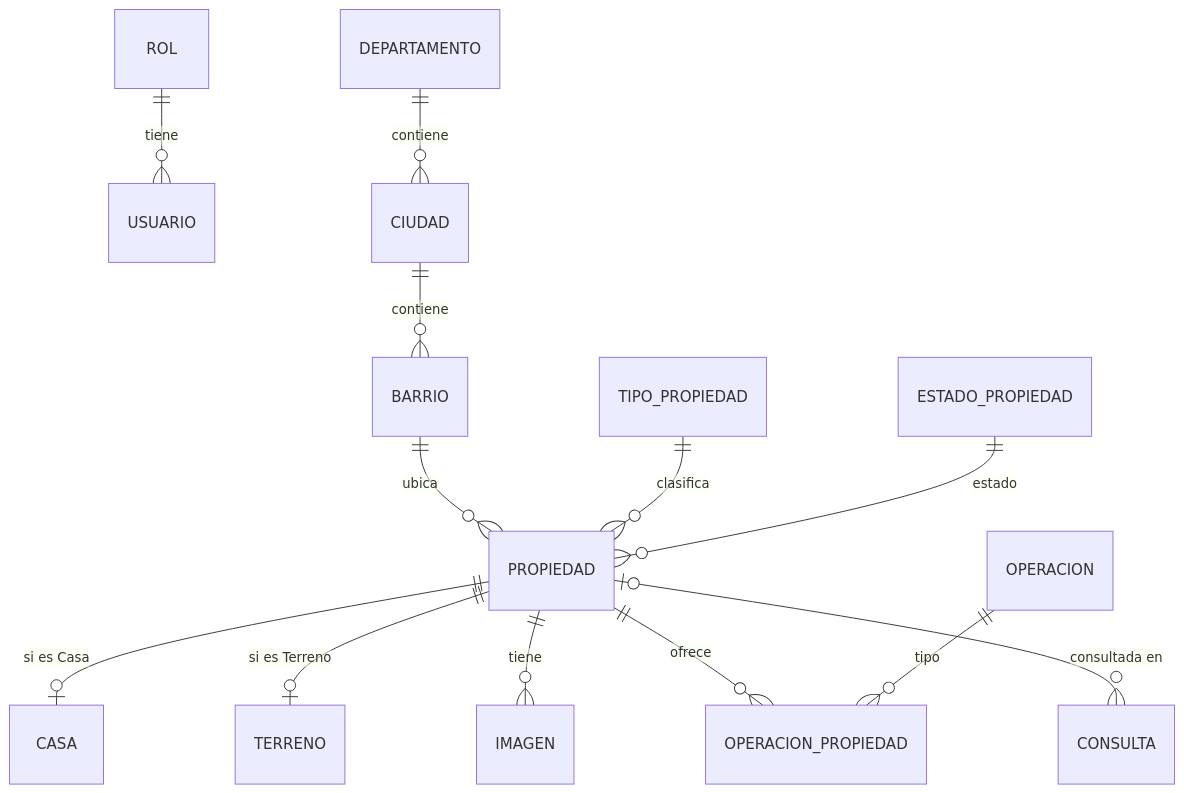
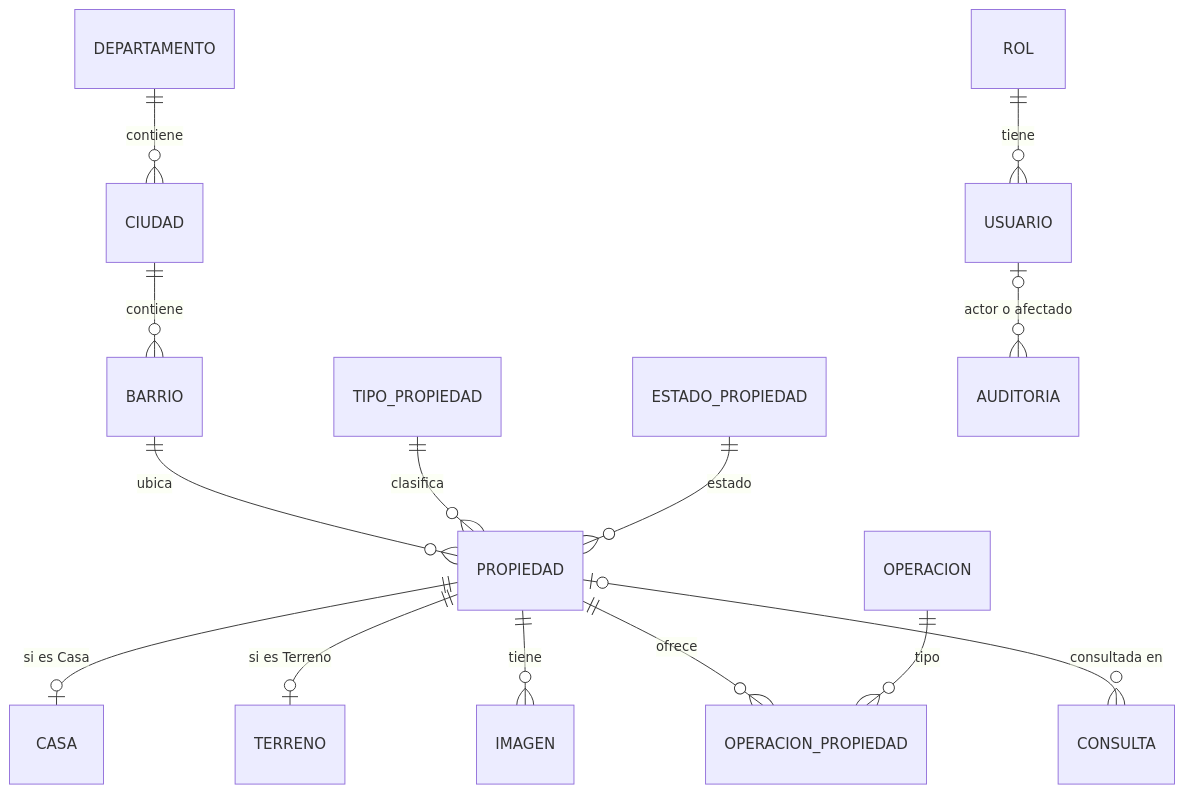
One commit to sandram14/Sistema-Gestion-Inmobiliaria-S-N changed the diagram in database/README.md. Above: the diagram before and after it, drawn with Mermaid. The commit also changed other lines of this file and 32 other files, not shown here.

````diff
--- a/database/README.md
+++ b/database/README.md
@@ -17,15 +17,16 @@
 ```mermaid
 erDiagram
     ROL ||--o{ USUARIO : tiene
     DEPARTAMENTO ||--o{ CIUDAD : contiene
     CIUDAD ||--o{ BARRIO : contiene
     BARRIO ||--o{ PROPIEDAD : ubica
     TIPO_PROPIEDAD ||--o{ PROPIEDAD : clasifica
     ESTADO_PROPIEDAD ||--o{ PROPIEDAD : estado
     PROPIEDAD ||--o| CASA : "si es Casa"
     PROPIEDAD ||--o| TERRENO : "si es Terreno"
     PROPIEDAD ||--o{ IMAGEN : tiene
     PROPIEDAD ||--o{ OPERACION_PROPIEDAD : ofrece
     OPERACION ||--o{ OPERACION_PROPIEDAD : tipo
     PROPIEDAD |o--o{ CONSULTA : "consultada en"
+    USUARIO |o--o{ AUDITORIA : "actor o afectado"
 ```
````
